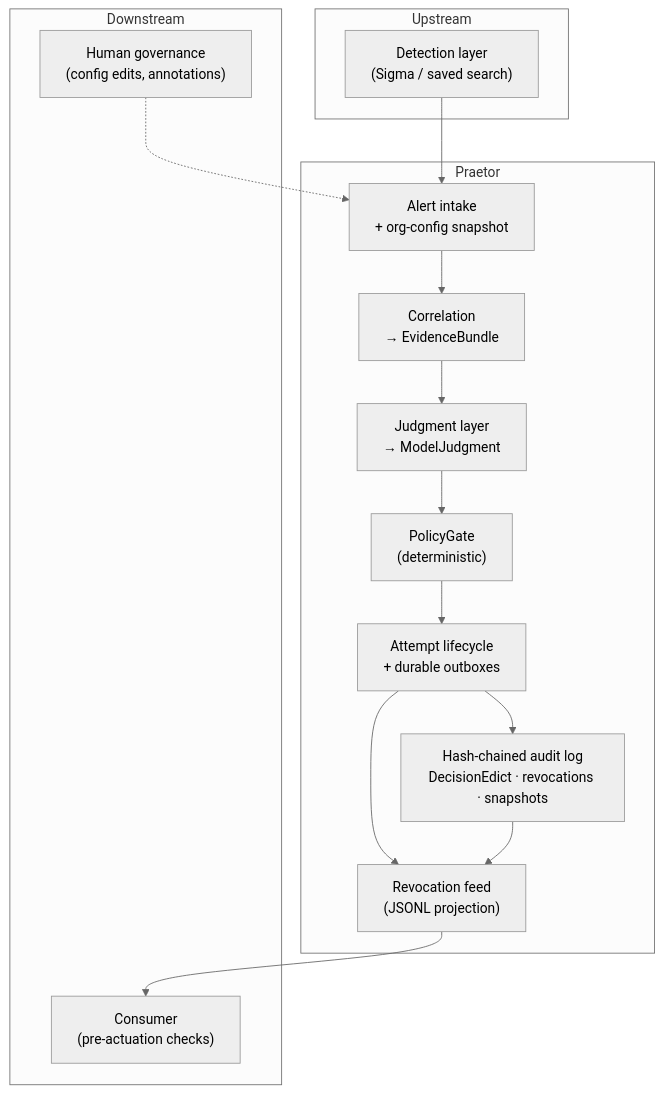
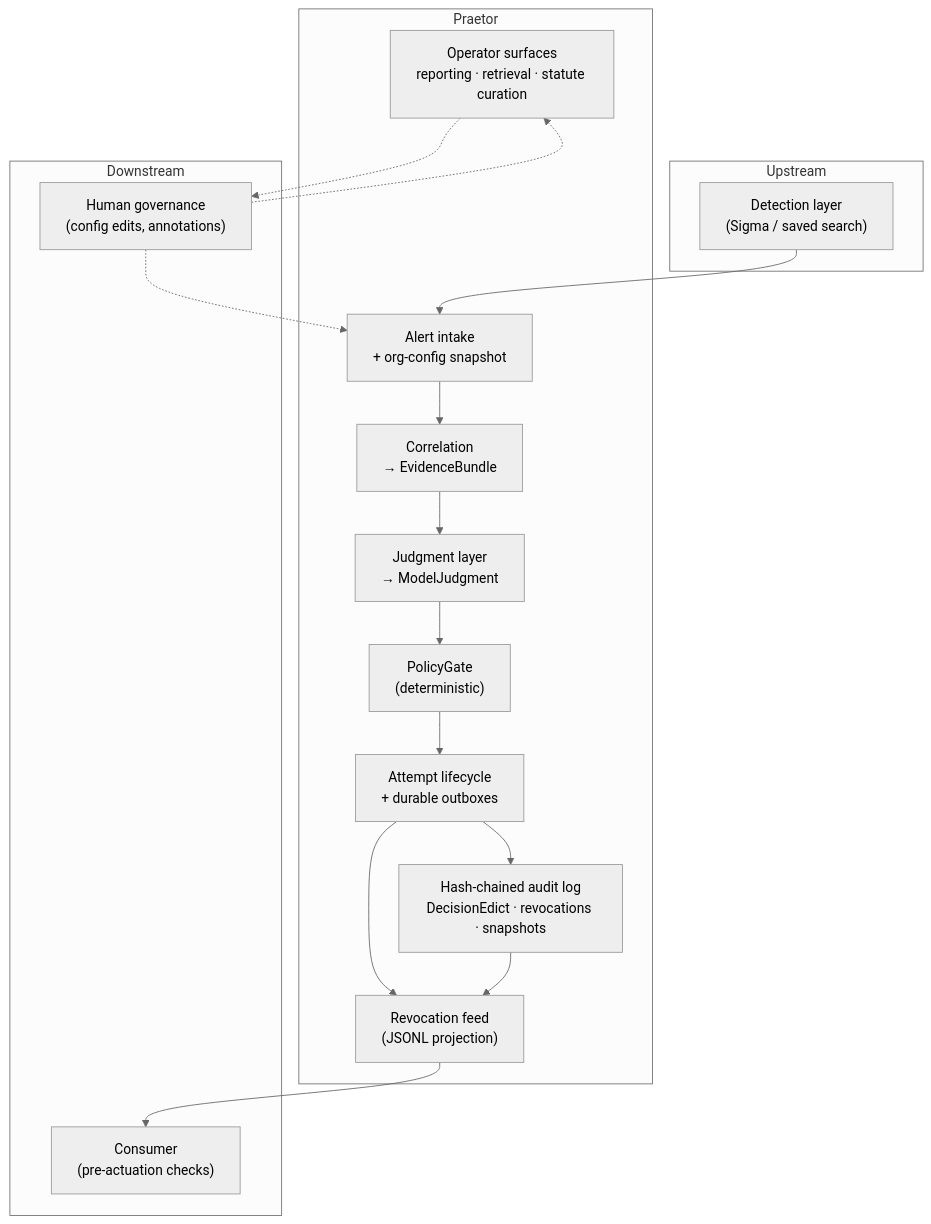
Before and after one commit to OmarAK-Git/praetor: the diagram in README.md, drawn with Mermaid (neutral theme). The commit also changed other lines of this file and 15 other files, not shown here.

````diff
--- a/README.md
+++ b/README.md
@@ -69,27 +72,30 @@
 ```mermaid
 flowchart TB
     subgraph upstream["Upstream"]
         DET["Detection layer<br/>(Sigma / saved search)"]
     end
 
     subgraph praetor["Praetor"]
         INT["Alert intake<br/>+ org-config snapshot"]
         COR["Correlation<br/>→ EvidenceBundle"]
         JUD["Judgment layer<br/>→ ModelJudgment"]
         PG["PolicyGate<br/>(deterministic)"]
         LIFE["Attempt lifecycle<br/>+ durable outboxes"]
         LED["Hash-chained audit log<br/>DecisionEdict · revocations · snapshots"]
         FEED["Revocation feed<br/>(JSONL projection)"]
+        OPS["Operator surfaces<br/>reporting · retrieval · statute curation"]
     end
 
     subgraph downstream["Downstream"]
         CON["Consumer<br/>(pre-actuation checks)"]
         GOV["Human governance<br/>(config edits, annotations)"]
     end
 
     DET --> INT --> COR --> JUD --> PG --> LIFE --> LED
     LIFE --> FEED
     LED --> FEED
     FEED --> CON
     GOV -.-> INT
+    GOV -.-> OPS
+    OPS -.-> GOV
 ```
````
